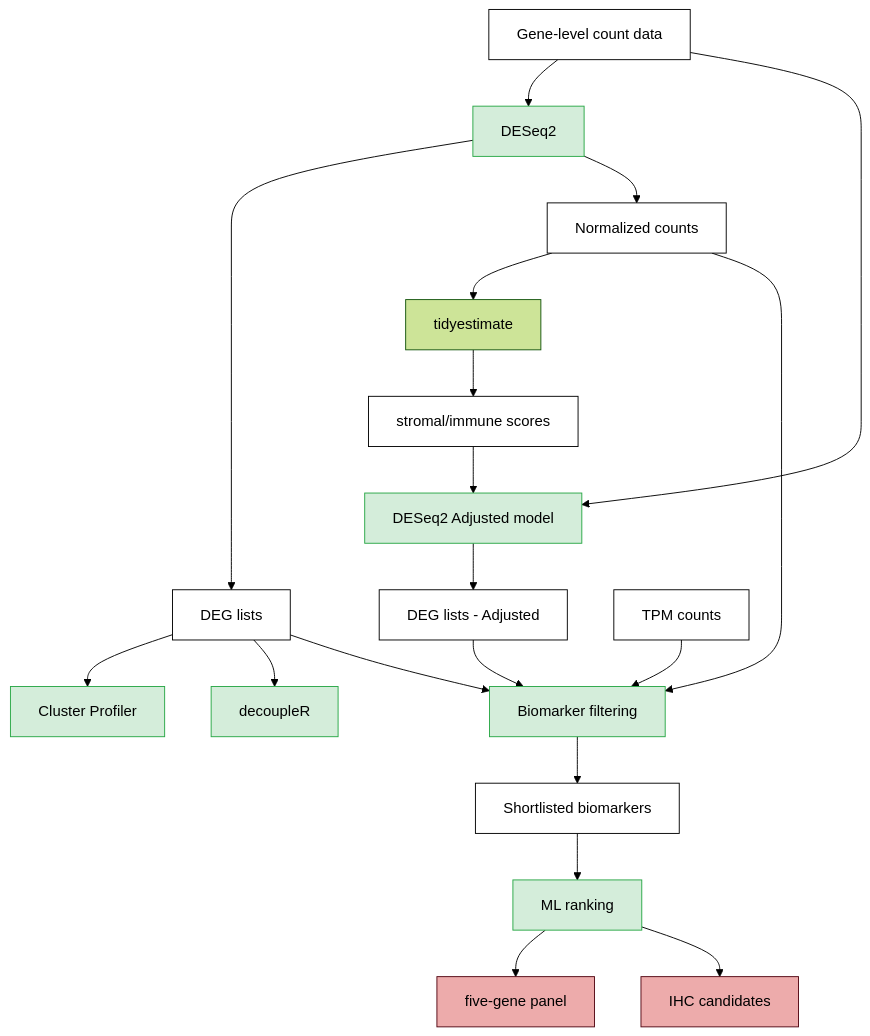
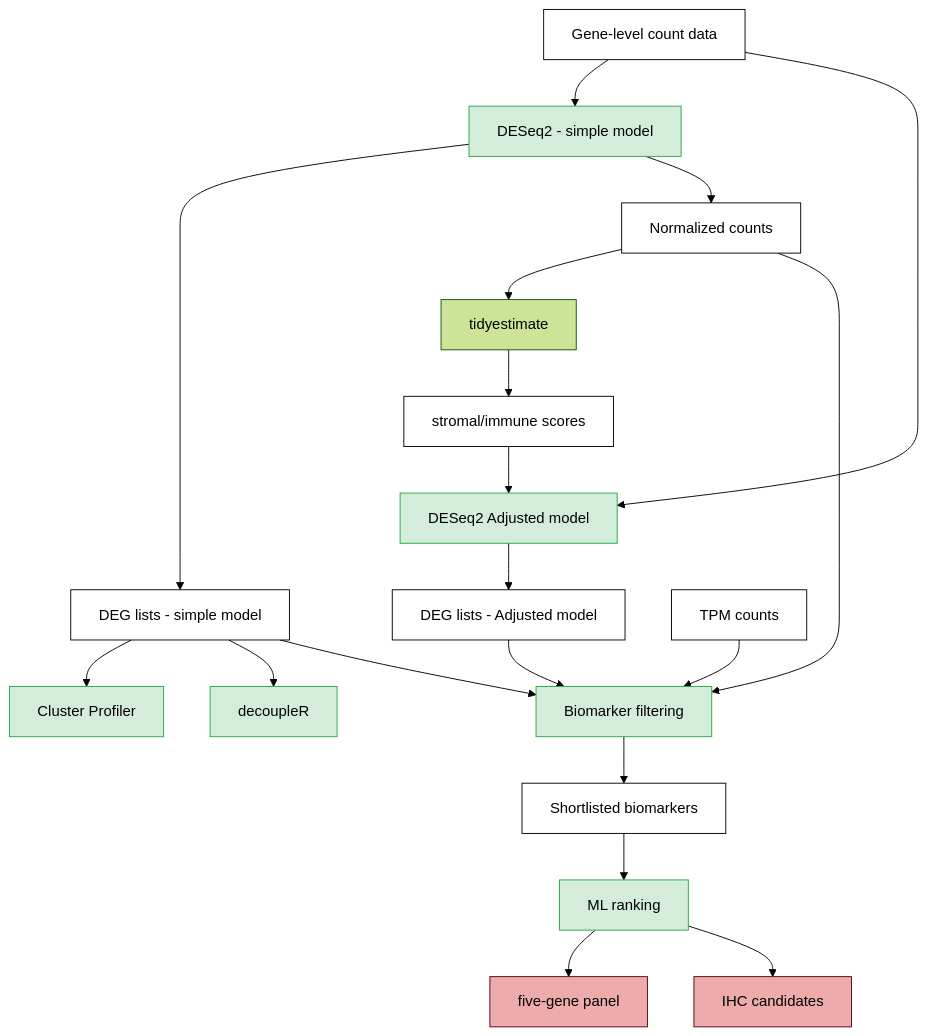
The diagram in R/README.md (tudumanne/BulkRNAseq_Barretts), drawn with Mermaid (forest theme) before and after one commit. The commit also changed other lines of this file and 1 other file, not shown here.

````diff
--- a/R/README.md
+++ b/R/README.md
@@ -43,26 +39,26 @@
 ``` mermaid
 graph TD; 
     classDef method fill:#d4edda,stroke:#28a745;
     classDef input fill:#ffffff,stroke:#000000;
     classDef output1 fill:#ffffff,stroke:#000000;
     classDef output2 fill:#edabab,stroke:#520612;
     
-    A[Gene-level count data]:::input-->B[DESeq2]:::method;
-    B-->C[DEG lists]:::output1;
+    A[Gene-level count data]:::input-->B[DESeq2 - simple model]:::method;
+    B-->C[DEG lists - simple model]:::output1;
     B-->D[Normalized counts]:::output1;
     D-->E[tidyestimate];
     E-->F[stromal/immune scores]:::output1;;
     A-->G[DESeq2 Adjusted model]:::method;;
     F-->G;
-    G-->H[DEG lists - Adjusted]:::output1;
+    G-->H[DEG lists - Adjusted model]:::output1;
     C-->I[Cluster Profiler]:::method;
     C-->J[decoupleR]:::method;
     K[TPM counts]:::input-->L[Biomarker filtering]:::method;
     D-->L;
     C-->L;
     H-->L;
     L-->M[Shortlisted biomarkers]:::output1;
     M-->N[ML ranking]:::method;
     N-->O[five-gene panel]:::output2;
     N-->P[IHC candidates]:::output2;
 ```
````
